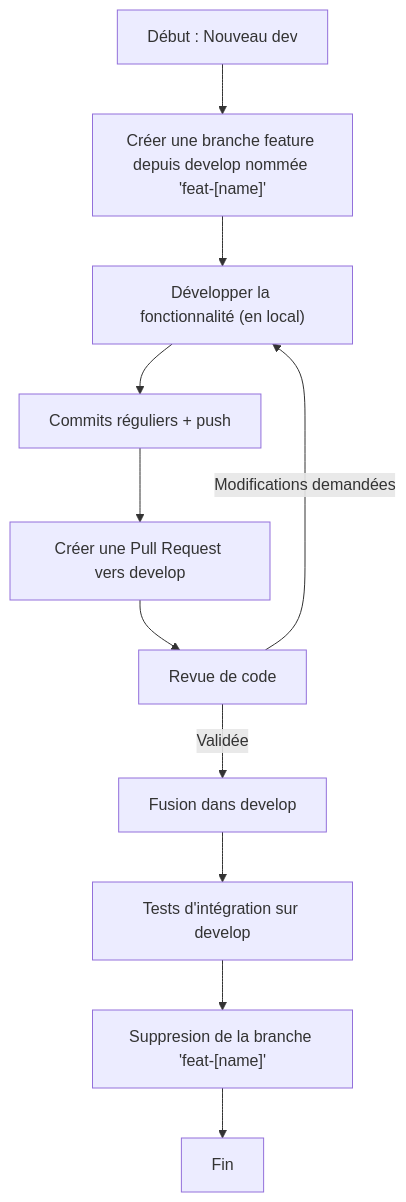
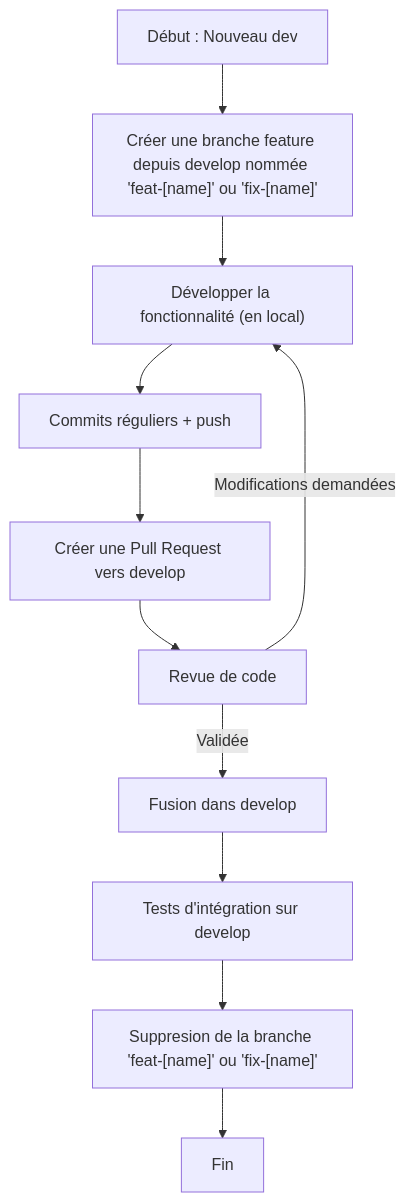
The first of 3 diagrams in gitflow.md (Mips2648/jeedom-plugins-docs), drawn with Mermaid before and after one commit. The commit also changed other lines of this file, not shown here.

Commit message:
Clarify GitFlow documentation by specifying branch naming conventions for feature and release branches

````diff
--- a/gitflow.md
+++ b/gitflow.md
@@ -57,13 +57,13 @@
 ```mermaid
 flowchart TD
-A[Début : Nouveau dev] --> B["Créer une branche feature depuis develop nommée 'feat-[name]'"]
+A[Début : Nouveau dev] --> B["Créer une branche feature depuis develop nommée 'feat-[name]' ou 'fix-[name]'"]
 B --> C["Développer la fonctionnalité (en local)"]
 C --> D[Commits réguliers + push]
 D --> E[Créer une Pull Request vers develop]
 E --> F[Revue de code]
 F -->|Validée| G[Fusion dans develop]
 F -->|Modifications demandées| C
 G --> H[Tests d'intégration sur develop]
-H --> I["Suppresion de la branche 'feat-[name]'"]
+H --> I["Suppresion de la branche 'feat-[name]' ou 'fix-[name]'"]
 I --> Z[Fin]
 ```
````
